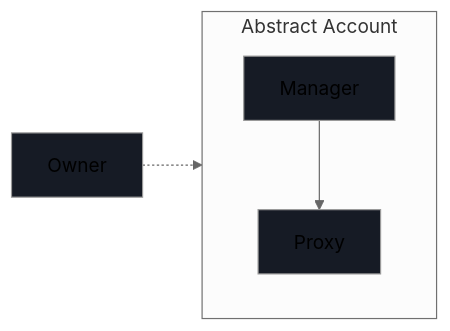
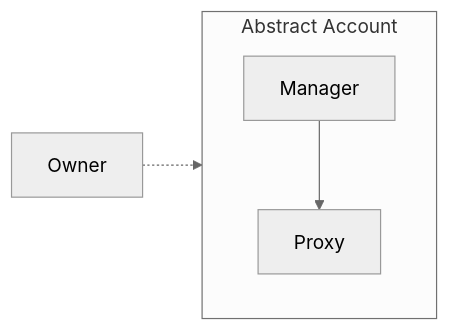
One commit to AbstractSDK/abstract changed the first of 3 diagrams in framework/docs/src/3_framework/3_architecture.md. Above: the diagram before and after it, drawn with Mermaid (neutral theme). The commit also changed 5 other files, not shown here.

````diff
--- a/framework/docs/src/3_framework/3_architecture.md
+++ b/framework/docs/src/3_framework/3_architecture.md
@@ -16,13 +16,9 @@
 ```mermaid
 flowchart LR
     subgraph Abstr[Abstract Account]
         direction TB
         Manager --> Proxy
     end
 
     Owner -.-> Manager
-
-    style Owner fill: #161b25
-    style Manager fill: #161b25
-    style Proxy fill: #161b25
 ```
````
